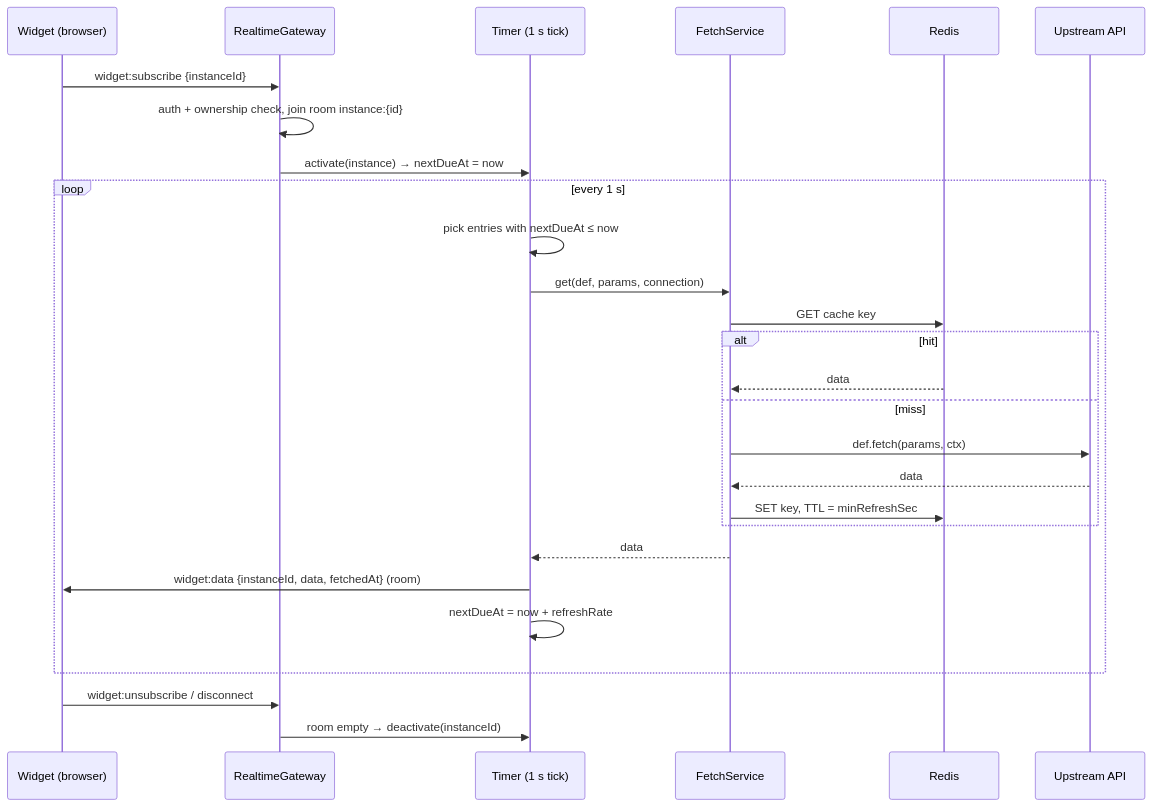
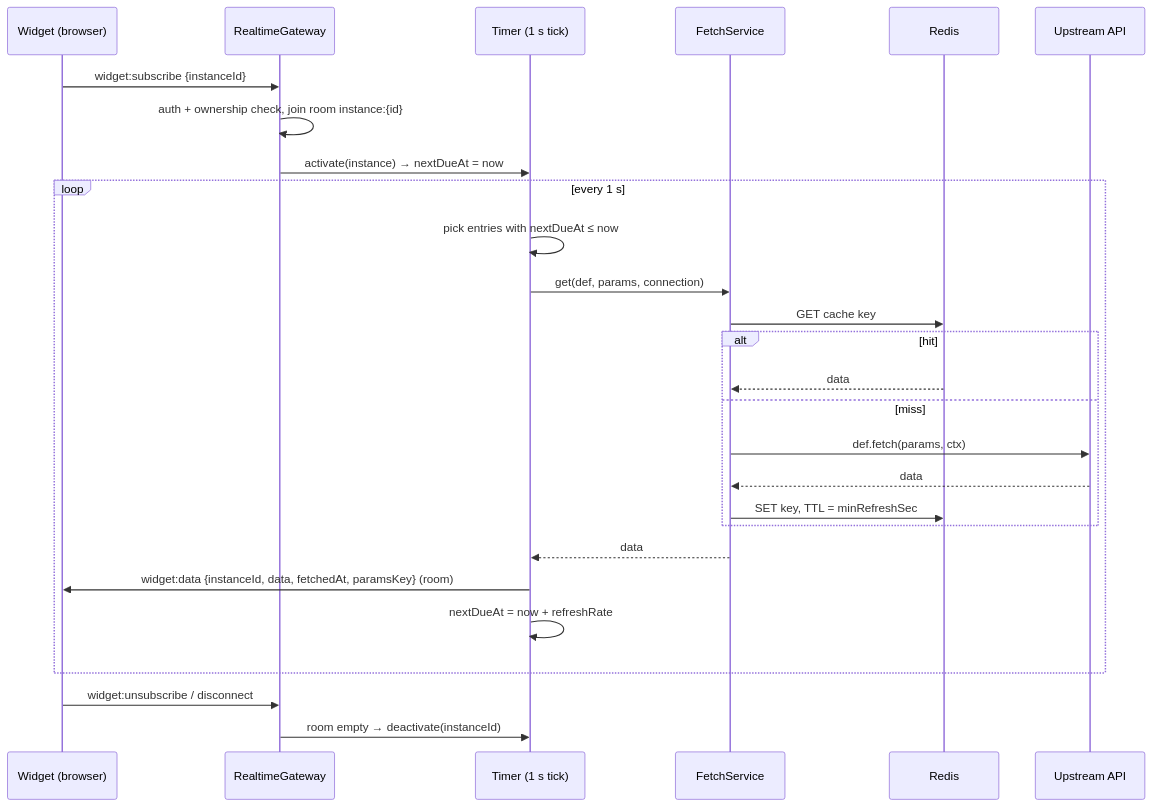
Before and after one commit to tekClovis/DashBoard: the third of 3 diagrams in docs/Architecture.md, drawn with Mermaid. The commit also changed other lines of this file and 7 other files, not shown here.

Commit message:
[C.NE][mockui-widget-frame] fix: key push history by the params the server fetched with

````diff
--- a/docs/Architecture.md
+++ b/docs/Architecture.md
@@ -238,30 +238,30 @@
 ```mermaid
 sequenceDiagram
   participant W as Widget (browser)
   participant G as RealtimeGateway
   participant T as Timer (1 s tick)
   participant F as FetchService
   participant R as Redis
   participant U as Upstream API
 
   W->>G: widget:subscribe {instanceId}
   G->>G: auth + ownership check, join room instance:{id}
   G->>T: activate(instance) → nextDueAt = now
   loop every 1 s
     T->>T: pick entries with nextDueAt ≤ now
     T->>F: get(def, params, connection)
     F->>R: GET cache key
     alt hit
       R-->>F: data
     else miss
       F->>U: def.fetch(params, ctx)
       U-->>F: data
       F->>R: SET key, TTL = minRefreshSec
     end
     F-->>T: data
-    T->>W: widget:data {instanceId, data, fetchedAt} (room)
+    T->>W: widget:data {instanceId, data, fetchedAt, paramsKey} (room)
     T->>T: nextDueAt = now + refreshRate
   end
   W->>G: widget:unsubscribe / disconnect
   G->>T: room empty → deactivate(instanceId)
 ```
````
